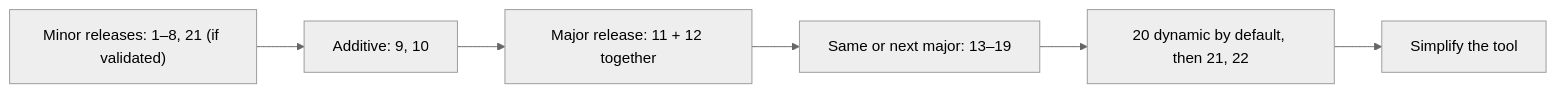
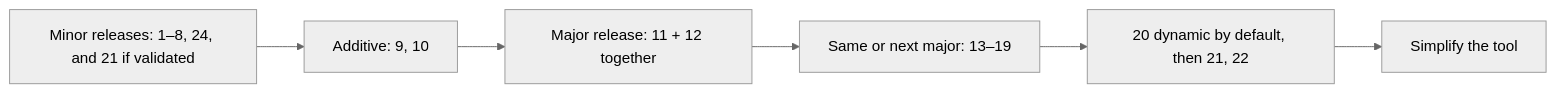
The diagram in scripts/zip_builder/docs/modernization_checklist.md (firebase/firebase-ios-sdk), drawn with Mermaid (neutral theme) before and after one commit. The commit also changed other lines of this file and 16 other files, not shown here.

````diff
--- a/scripts/zip_builder/docs/modernization_checklist.md
+++ b/scripts/zip_builder/docs/modernization_checklist.md
@@ -222,8 +230,8 @@
 ```mermaid
 flowchart LR
-  A["Minor releases: 1–8, 21 (if validated)"] --> B["Additive: 9, 10"]
+  A["Minor releases: 1–8, 24, and 21 if validated"] --> B["Additive: 9, 10"]
   B --> C["Major release: 11 + 12 together"]
   C --> D["Same or next major: 13–19"]
   D --> E["20 dynamic by default, then 21, 22"]
   E --> F["Simplify the tool"]
 ```
````
